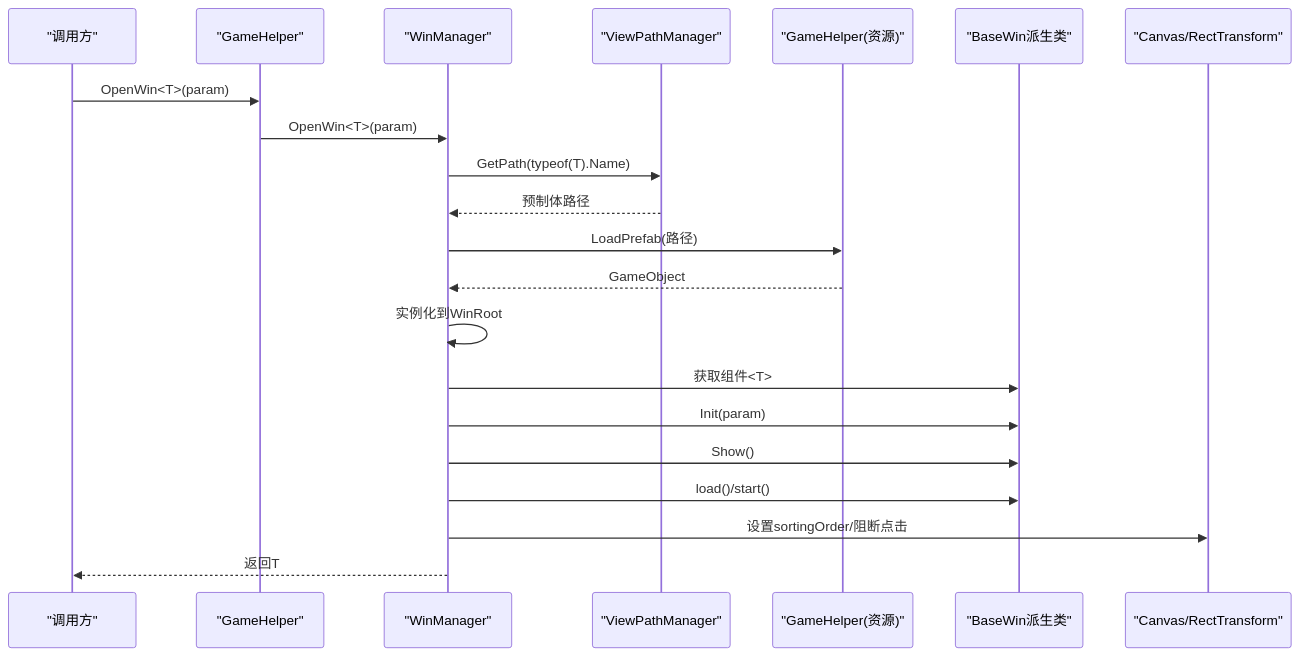
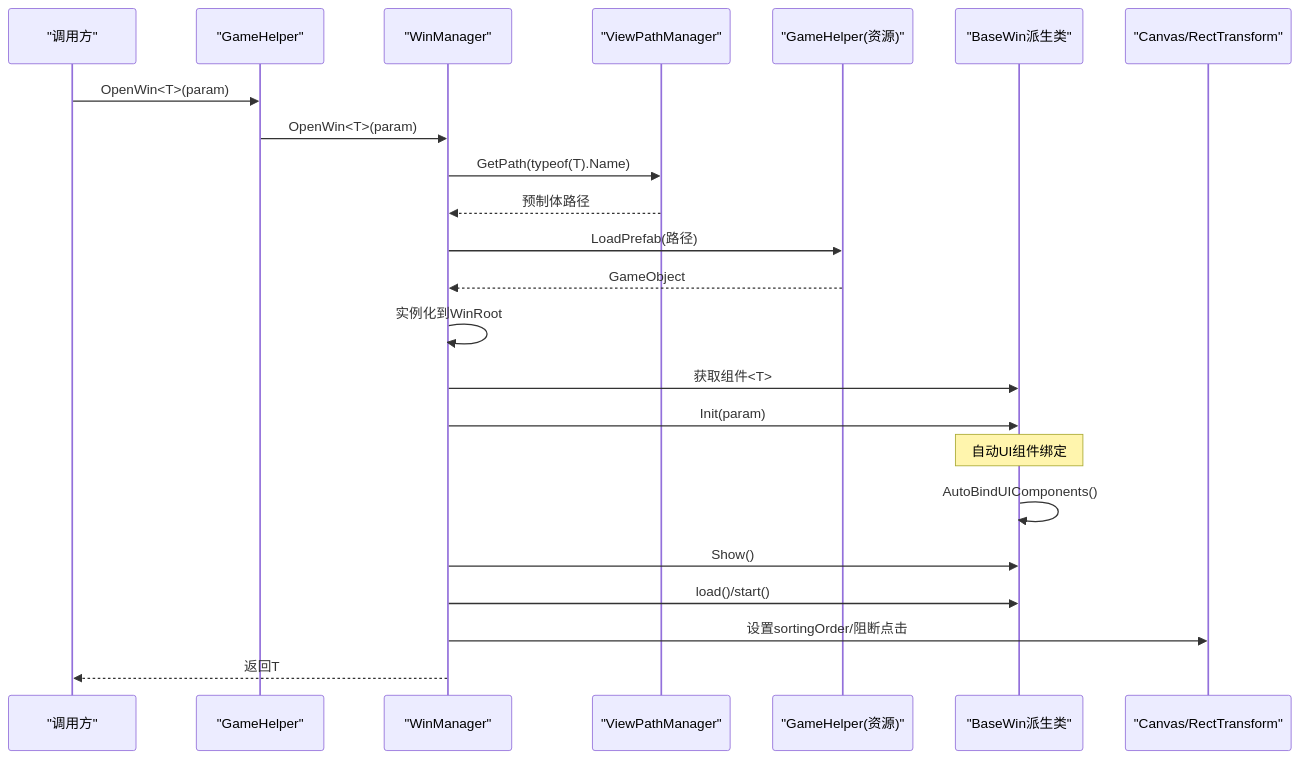
One commit to Tuusen/p1_client changed the second of 9 diagrams in .qoder/repowiki/zh/content/用户界面系统/窗口管理系统.md. Above: the diagram before and after it, drawn with Mermaid. The commit also changed other lines of this file and 6 other files, not shown here.

````diff
--- a/.qoder/repowiki/zh/content/用户界面系统/窗口管理系统.md
+++ b/.qoder/repowiki/zh/content/用户界面系统/窗口管理系统.md
@@ -132,23 +134,25 @@
 ```mermaid
 sequenceDiagram
 participant Caller as "调用方"
 participant Helper as "GameHelper"
 participant Manager as "WinManager"
 participant Path as "ViewPathManager"
 participant Loader as "GameHelper(资源)"
 participant Win as "BaseWin派生类"
 participant Canvas as "Canvas/RectTransform"
 Caller->>Helper : OpenWin<T>(param)
 Helper->>Manager : OpenWin<T>(param)
 Manager->>Path : GetPath(typeof(T).Name)
 Path-->>Manager : 预制体路径
 Manager->>Loader : LoadPrefab(路径)
 Loader-->>Manager : GameObject
 Manager->>Manager : 实例化到WinRoot
 Manager->>Win : 获取组件<T>
 Manager->>Win : Init(param)
+Note over Win : 自动UI组件绑定
+Win->>Win : AutoBindUIComponents()
 Manager->>Win : Show()
 Manager->>Win : load()/start()
 Manager->>Canvas : 设置sortingOrder/阻断点击
 Manager-->>Caller : 返回T
 ```
````
